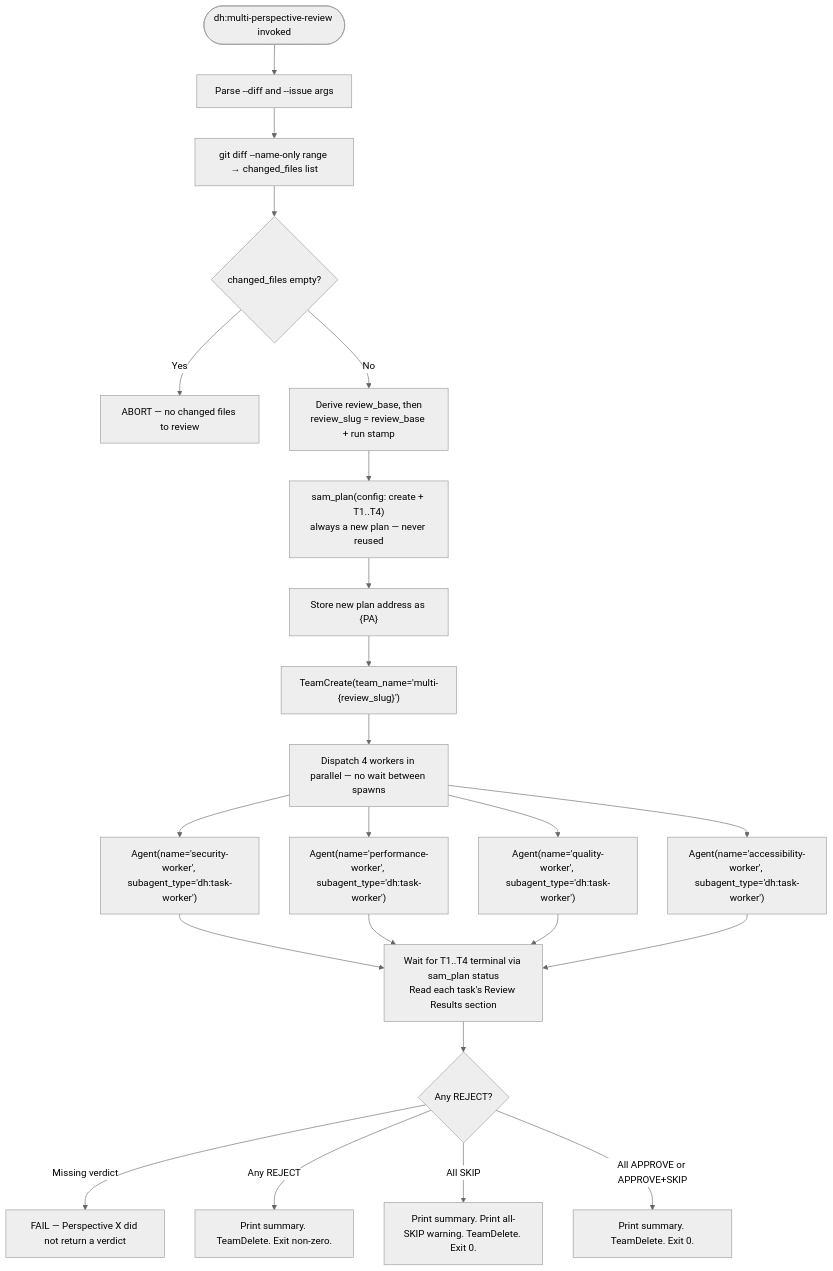
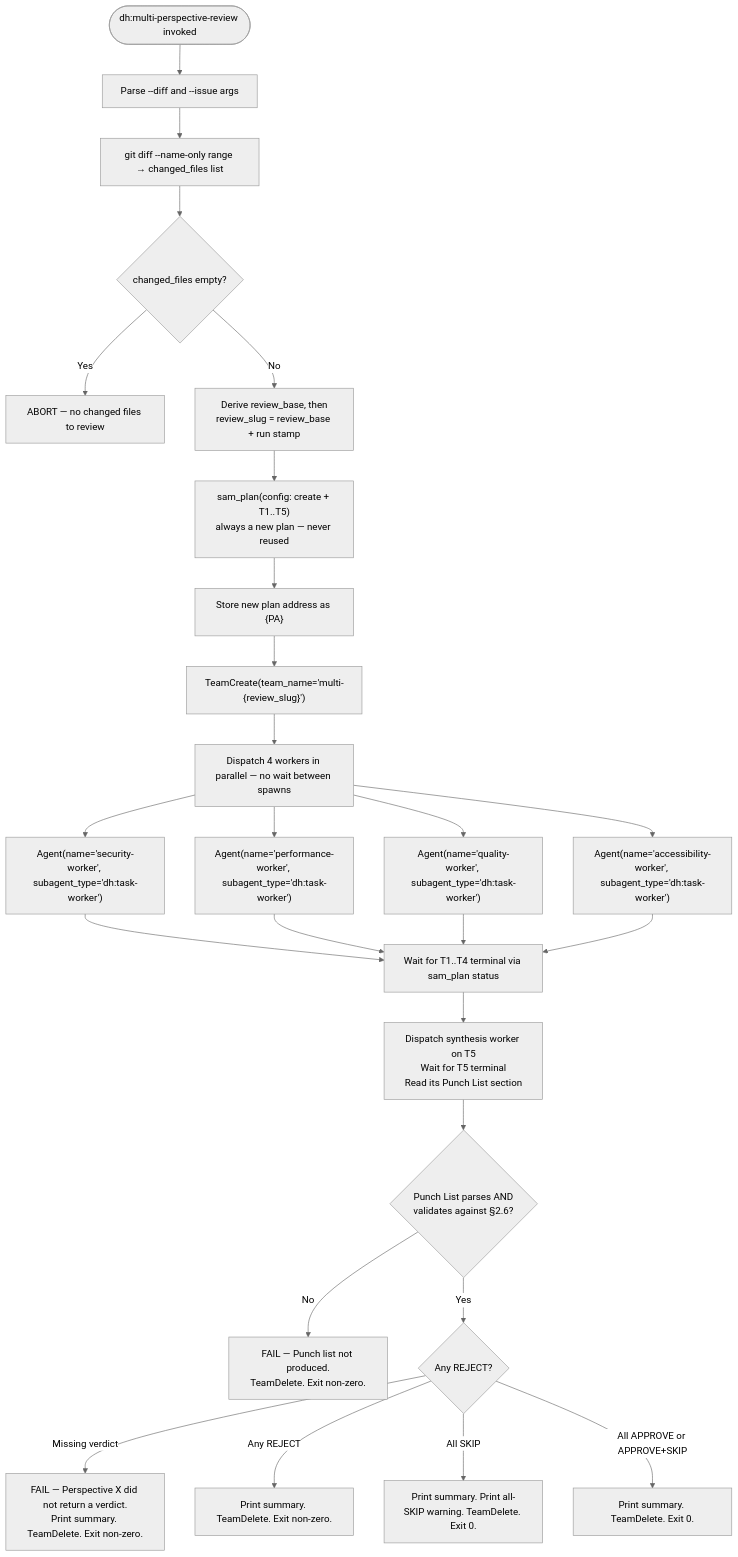
Before and after one commit to Jamie-BitFlight/claude_skills: the diagram in plugins/development-harness/skills/multi-perspective-review/SKILL.md, drawn with Mermaid (neutral theme). The commit also changed other lines of this file and 7 other files, not shown here.

First line of the commit message:
feat(development-harness): synthesize the four review verdicts into one punch list (#3207)

````diff
--- a/plugins/development-harness/skills/multi-perspective-review/SKILL.md
+++ b/plugins/development-harness/skills/multi-perspective-review/SKILL.md
@@ -332,25 +366,28 @@
 ```mermaid
 flowchart TD
     Start([dh:multi-perspective-review invoked]) --> Parse[Parse --diff and --issue args]
     Parse --> Files["git diff --name-only range → changed_files list"]
     Files --> Empty{changed_files empty?}
     Empty -->|Yes| Abort[ABORT — no changed files to review]
     Empty -->|No| Slug["Derive review_base, then<br>review_slug = review_base + run stamp"]
-    Slug --> CreatePlan["sam_plan(config: create + T1..T4)<br>always a new plan — never reused"]
+    Slug --> CreatePlan["sam_plan(config: create + T1..T5)<br>always a new plan — never reused"]
     CreatePlan --> PlanAddr["Store new plan address as {PA}"]
     PlanAddr --> Team["TeamCreate(team_name='multi-{review_slug}')"]
     Team --> Parallel[Dispatch 4 workers in parallel — no wait between spawns]
     Parallel --> W1["Agent(name='security-worker', subagent_type='dh:task-worker')"]
     Parallel --> W2["Agent(name='performance-worker', subagent_type='dh:task-worker')"]
     Parallel --> W3["Agent(name='quality-worker', subagent_type='dh:task-worker')"]
     Parallel --> W4["Agent(name='accessibility-worker', subagent_type='dh:task-worker')"]
-    W1 --> Collect["Wait for T1..T4 terminal via sam_plan status<br>Read each task's Review Results section"]
+    W1 --> Collect["Wait for T1..T4 terminal via sam_plan status"]
     W2 --> Collect
     W3 --> Collect
     W4 --> Collect
-    Collect --> Gate{Any REJECT?}
-    Gate -->|Missing verdict| Fail[FAIL — Perspective X did not return a verdict]
+    Collect --> Synth["Dispatch synthesis worker on T5<br>Wait for T5 terminal<br>Read its Punch List section"]
+    Synth --> NoList{"Punch List parses AND<br>validates against §2.6?"}
+    NoList -->|No| FailSynth[FAIL — Punch list not produced.<br>TeamDelete. Exit non-zero.]
+    NoList -->|Yes| Gate{Any REJECT?}
+    Gate -->|Missing verdict| Fail[FAIL — Perspective X did not return a verdict.<br>Print summary. TeamDelete. Exit non-zero.]
     Gate -->|Any REJECT| Fail2[Print summary. TeamDelete. Exit non-zero.]
     Gate -->|All SKIP| Warn[Print summary. Print all-SKIP warning. TeamDelete. Exit 0.]
     Gate -->|All APPROVE or APPROVE+SKIP| Pass[Print summary. TeamDelete. Exit 0.]
 ```
````
